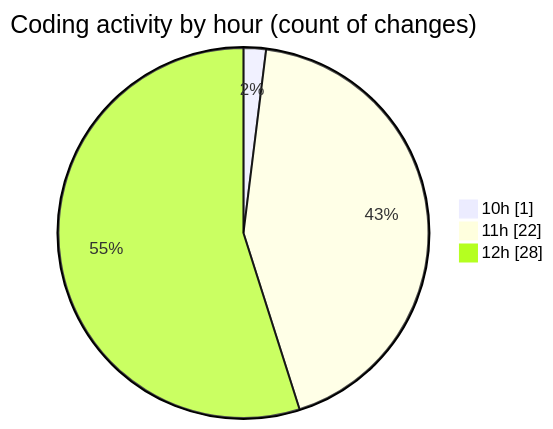
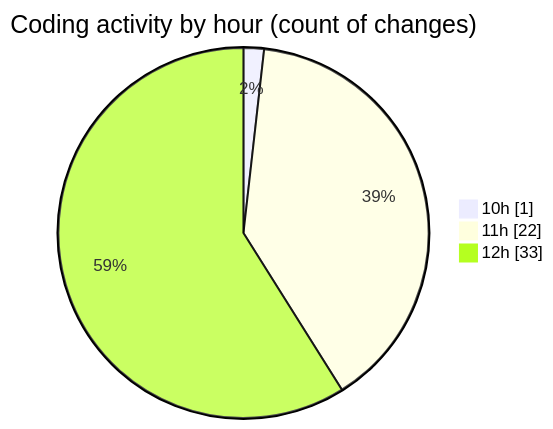
One commit to nxtqubesakshisongat/code-tracking changed the second of 2 diagrams in 2025-07-27/nxtqube_webapp/README.md. Above: the diagram before and after it, drawn with Mermaid. The commit also changed other lines of this file and 1 other file, not shown here.

````diff
--- a/2025-07-27/nxtqube_webapp/README.md
+++ b/2025-07-27/nxtqube_webapp/README.md
@@ -33,7 +33,7 @@
 ```mermaid
 pie showData
 title Coding activity by hour (count of changes)
 "10h" : 1
 "11h" : 22
-"12h" : 28
+"12h" : 33
 ```
````
